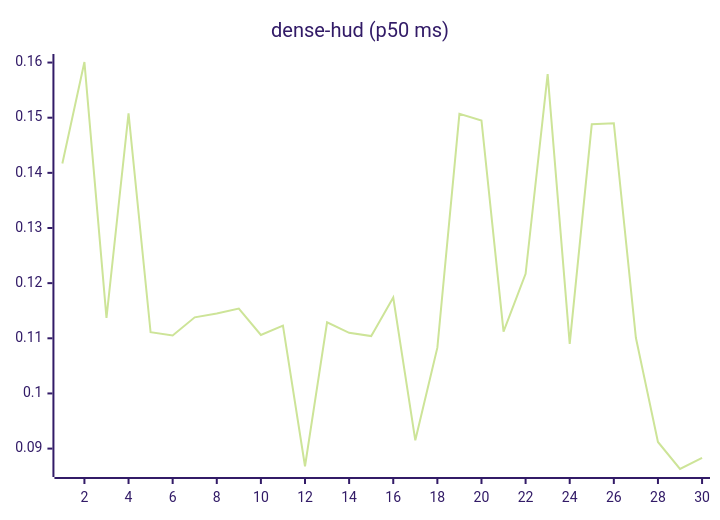
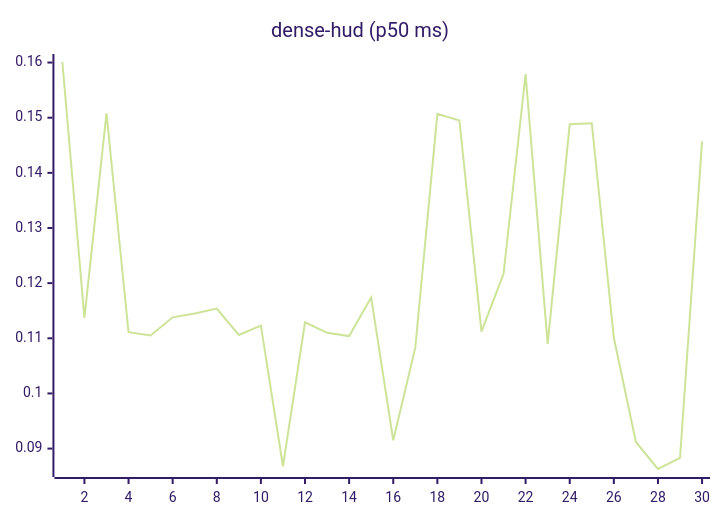
Before and after one commit to josha/Facet: the eighth of 27 diagrams in README.md, drawn with Mermaid (forest theme). The commit also changed other lines of this file and 2 other files, not shown here.

````diff
--- a/README.md
+++ b/README.md
@@ -112,6 +112,6 @@
 ```mermaid
 xychart-beta
     title "dense-hud (p50 ms)"
     x-axis 1 --> 30
-    line [0.1417, 0.1601, 0.1137, 0.1508, 0.1111, 0.1105, 0.1138, 0.1145, 0.1154, 0.1106, 0.1123, 0.0868, 0.1129, 0.1110, 0.1104, 0.1174, 0.0915, 0.1083, 0.1507, 0.1495, 0.1112, 0.1217, 0.1579, 0.1090, 0.1488, 0.1490, 0.1101, 0.0912, 0.0863, 0.0883]
+    line [0.1601, 0.1137, 0.1508, 0.1111, 0.1105, 0.1138, 0.1145, 0.1154, 0.1106, 0.1123, 0.0868, 0.1129, 0.1110, 0.1104, 0.1174, 0.0915, 0.1083, 0.1507, 0.1495, 0.1112, 0.1217, 0.1579, 0.1090, 0.1488, 0.1490, 0.1101, 0.0912, 0.0863, 0.0883, 0.1457]
 ```
````
